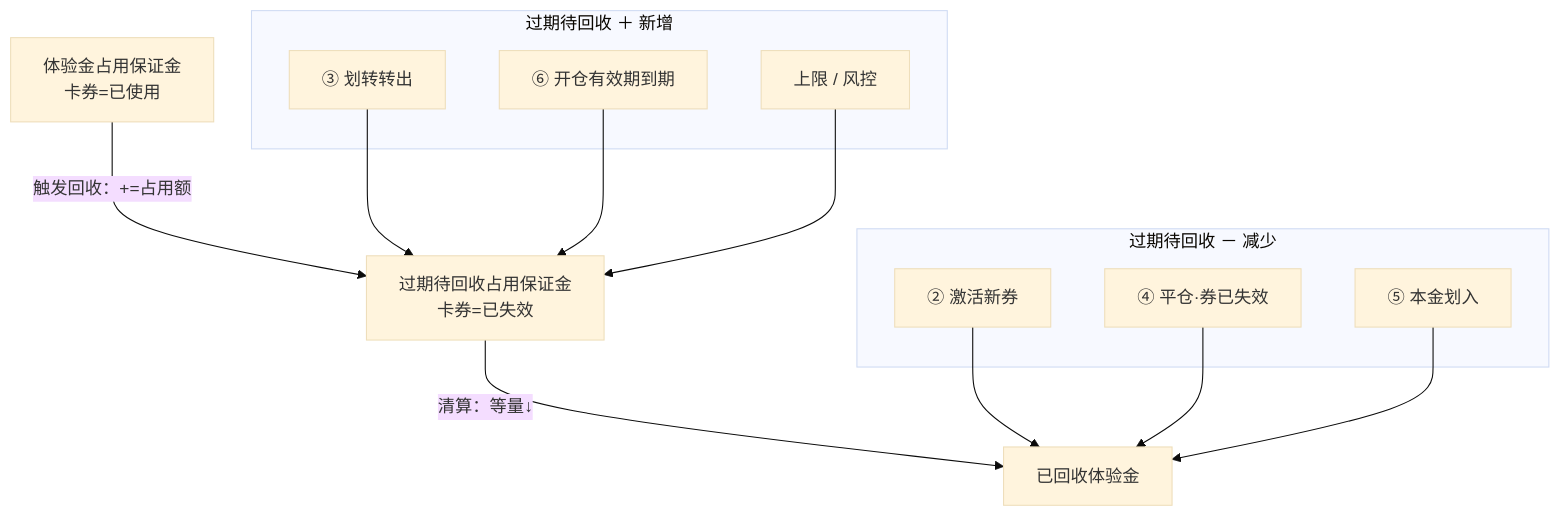
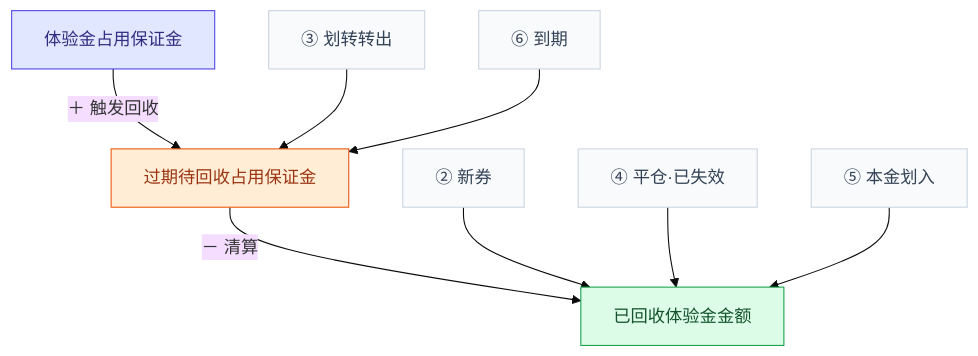
Before and after one commit to DashuaibiZZY/prototype: the fourth of 5 diagrams in document/web&后台/体验金回收机制改版方案.md, drawn with Mermaid (base theme). The commit also changed other lines of this file and 4 other files, not shown here.

````diff
--- a/document/web&后台/体验金回收机制改版方案.md
+++ b/document/web&后台/体验金回收机制改版方案.md
@@ -125,24 +180,26 @@
 ```mermaid
 flowchart TB
-    subgraph 新增["过期待回收 ＋ 新增"]
-        P1["③ 划转转出"]
-        P2["⑥ 开仓有效期到期"]
-        P3["上限 / 风控"]
-    end
-    O["体验金占用保证金<br/>卡券=已使用"]
-    PENDING["过期待回收占用保证金<br/>卡券=已失效"]
-    subgraph 减少["过期待回收 － 减少"]
-        M1["② 激活新券"]
-        M2["④ 平仓·券已失效"]
-        M3["⑤ 本金划入"]
-    end
-    R["已回收体验金"]
-    O -->|"触发回收：+=占用额"| PENDING
+    O["体验金占用保证金"]
+    PENDING["过期待回收占用保证金"]
+    R["已回收体验金金额"]
+    P1["③ 划转转出"]
+    P2["⑥ 到期"]
+    M1["② 新券"]
+    M2["④ 平仓·已失效"]
+    M3["⑤ 本金划入"]
+    O -->|"＋ 触发回收"| PENDING
     P1 --> PENDING
     P2 --> PENDING
-    P3 --> PENDING
-    PENDING -->|"清算：等量↓"| R
+    PENDING -->|"－ 清算"| R
     M1 --> R
     M2 --> R
     M3 --> R
+    classDef dOcc fill:#e0e7ff,stroke:#4f46e5,color:#312e81
+    classDef dPending fill:#ffedd5,stroke:#ea580c,color:#9a3412
+    classDef dReclaimed fill:#dcfce7,stroke:#16a34a,color:#14532d
+    classDef neutral fill:#f8fafc,stroke:#cbd5e1,color:#334155
+    class O dOcc
+    class PENDING dPending
+    class R dReclaimed
+    class P1,P2,M1,M2,M3 neutral
 ```
````
